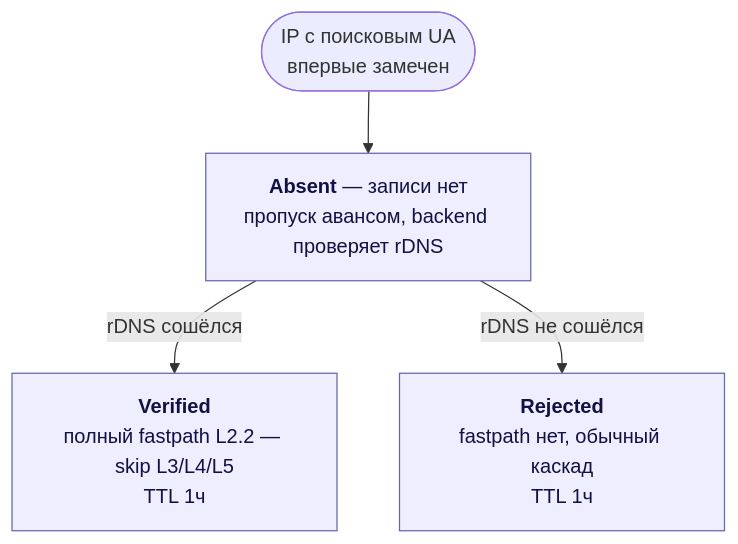
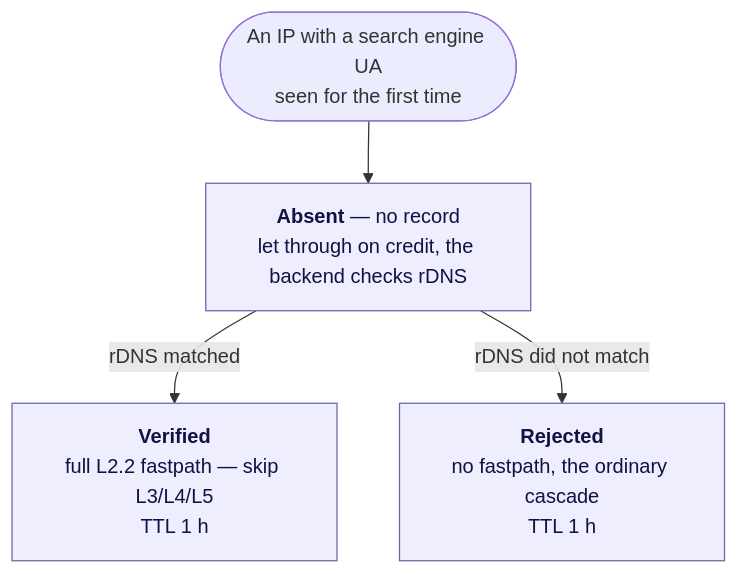
One commit to tabularasa31/bot-abuse-controls changed the fifth of 5 diagrams in docs/product/cascade-diagrams.md. Above: the diagram before and after it, drawn with Mermaid. The commit also changed other lines of this file, not shown here.

Commit message:
docs(product): translate cascade diagrams (10/n)

````diff
--- a/docs/product/cascade-diagrams.md
+++ b/docs/product/cascade-diagrams.md
@@ -236,14 +249,14 @@
 ```mermaid
 flowchart TD
-    Start([IP с поисковым UA<br/>впервые замечен])
-    Absent[<b>Absent</b> — записи нет<br/>пропуск авансом, backend проверяет rDNS]
-    Verified[<b>Verified</b><br/>полный fastpath L2.2 — skip L3/L4/L5<br/>TTL 1ч]
-    Rejected[<b>Rejected</b><br/>fastpath нет, обычный каскад<br/>TTL 1ч]
+    Start([An IP with a search engine UA<br/>seen for the first time])
+    Absent[<b>Absent</b> — no record<br/>let through on credit, the backend checks rDNS]
+    Verified[<b>Verified</b><br/>full L2.2 fastpath — skip L3/L4/L5<br/>TTL 1 h]
+    Rejected[<b>Rejected</b><br/>no fastpath, the ordinary cascade<br/>TTL 1 h]
 
     Start --> Absent
-    Absent -->|rDNS сошёлся| Verified
-    Absent -->|rDNS не сошёлся| Rejected
+    Absent -->|rDNS matched| Verified
+    Absent -->|rDNS did not match| Rejected
 
     classDef st fill:#eef,stroke:#66a,color:#114
     class Absent,Verified,Rejected st
 ```
````
